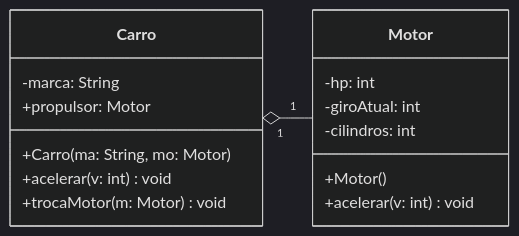
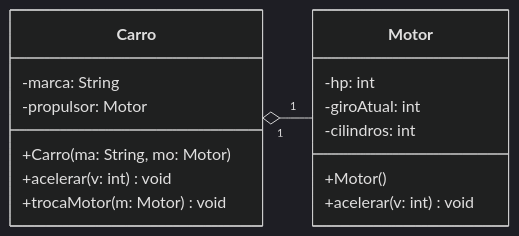
Before and after one commit to ViNi-ifsc13/POO: the second of 2 diagrams in aula-18/README.md, drawn with Mermaid (dark theme). The commit also changed 18 other files, not shown here.

Commit message:
aula-19: UML e java aviões

````diff
--- a/aula-18/README.md
+++ b/aula-18/README.md
@@ -19,22 +19,22 @@
 ```mermaid
 classDiagram
     direction LR
     
     class Carro{
         -marca: String
-        +propulsor: Motor
+        -propulsor: Motor
         +Carro(ma: String, mo: Motor)
         +acelerar(v: int) void
         +trocaMotor(m: Motor) void
     }    
     class Motor{
         -hp: int
         -giroAtual: int
         -cilindros: int
         +Motor()
         +acelerar(v: int) void
     }
     
     Carro"1" o-- "1"Motor
     
 ```
````
